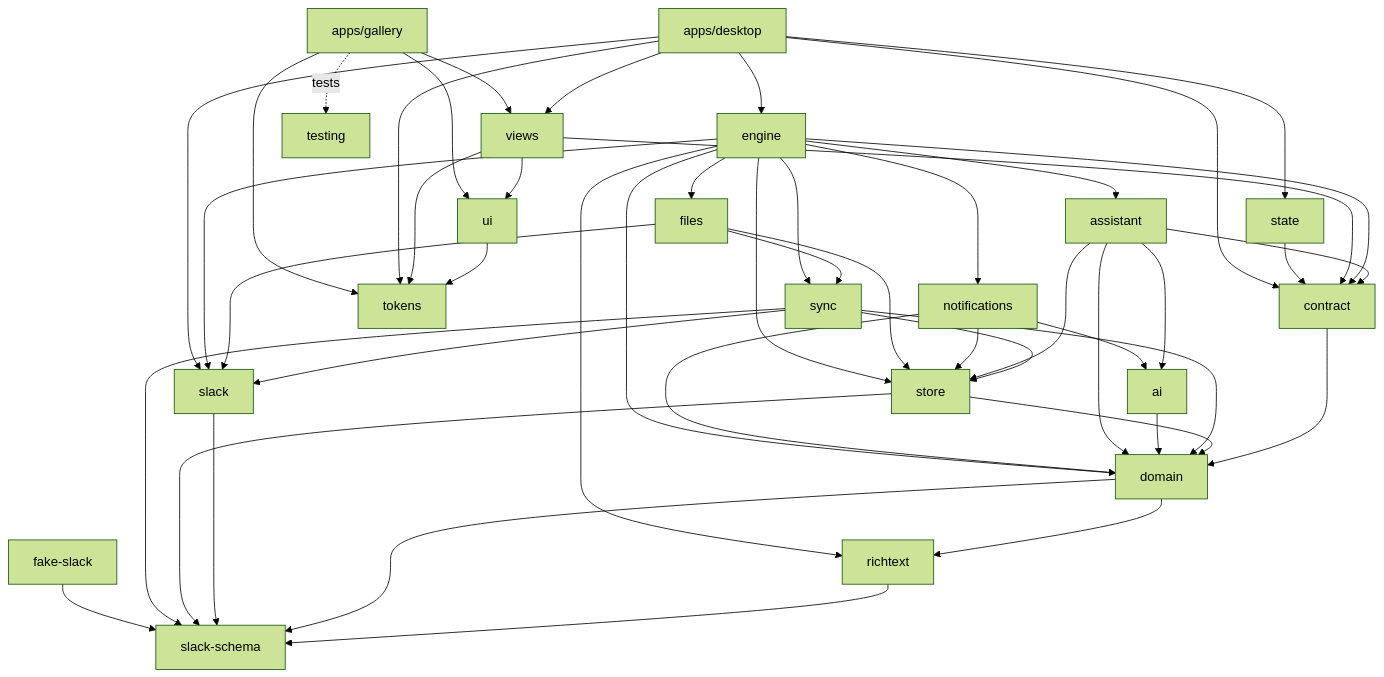
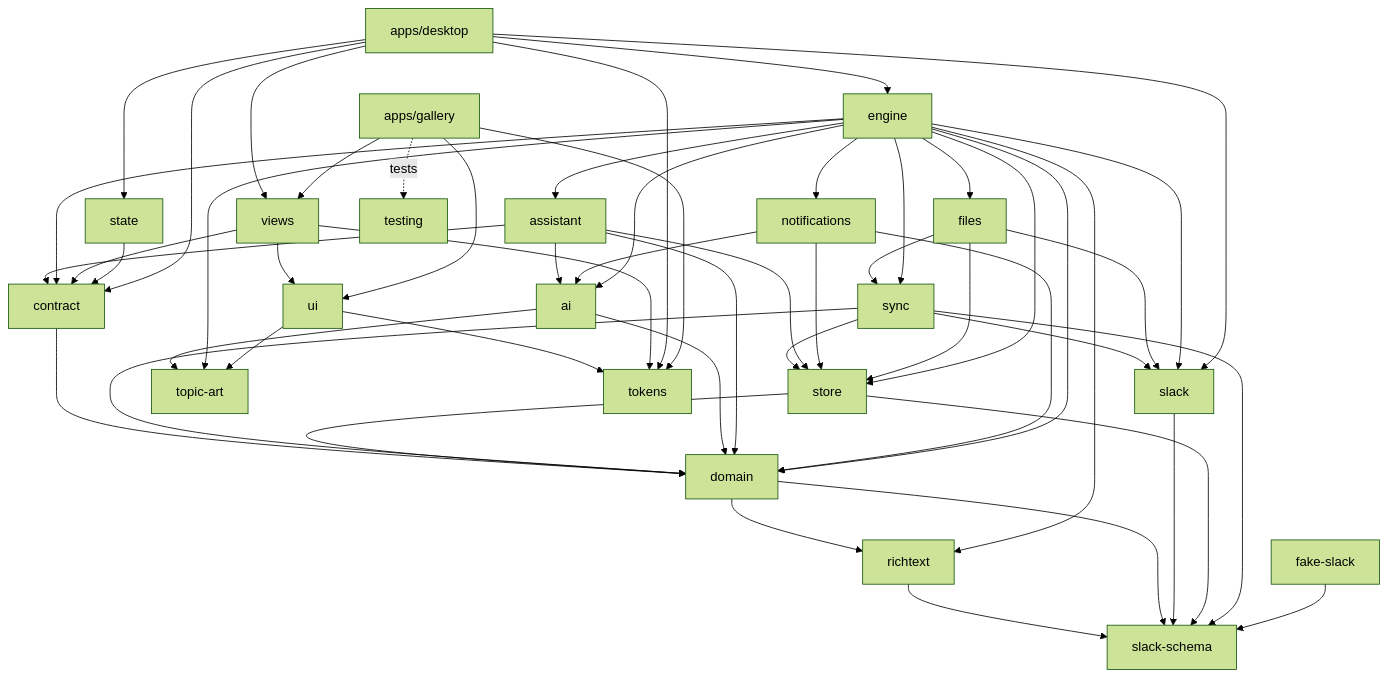
The second of 2 diagrams in docs/architecture.md (triptu/juno), drawn with Mermaid (forest theme) before and after one commit. The commit also changed other lines of this file and 2 other files, not shown here.

Commit message:
Document topic art

````diff
--- a/docs/architecture.md
+++ b/docs/architecture.md
@@ -108,23 +108,24 @@
 ```mermaid
 flowchart TD
   slack_schema[slack-schema]
   richtext --> slack_schema
   domain --> richtext & slack_schema
   contract --> domain
   slack --> slack_schema
   store --> domain & slack_schema
   sync --> slack & store & domain & slack_schema
-  ai --> domain
+  topic_art[topic-art]
+  ai --> domain & topic_art
   assistant --> ai & store & domain & contract
   notifications --> store & domain & ai
   files --> slack & store & sync
-  engine --> contract & sync & store & domain & richtext & assistant & notifications & files & slack
+  engine --> contract & sync & store & domain & richtext & assistant & notifications & files & slack & ai & topic_art
   fake_slack[fake-slack] --> slack_schema
   tokens
-  ui --> tokens
+  ui --> tokens & topic_art
   views --> ui & tokens & contract
   state --> contract
   desktop[apps/desktop] --> engine & state & views & contract & tokens & slack
   gallery[apps/gallery] --> views & ui & tokens
   gallery -.tests.-> testing[testing]
 ```
````
